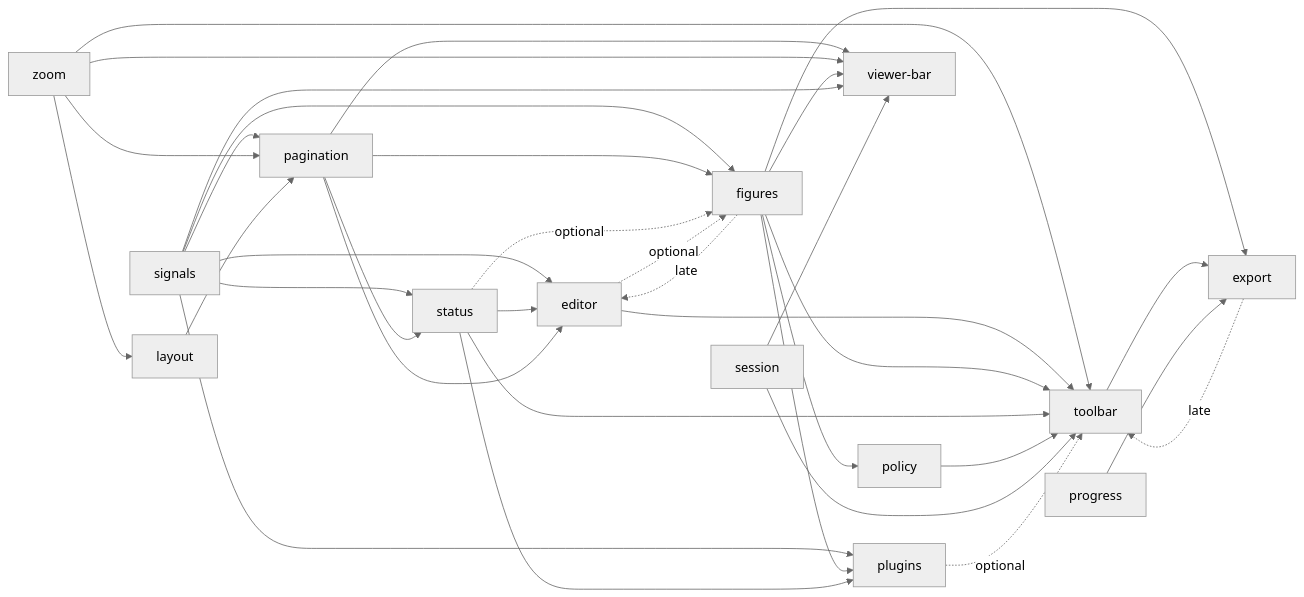
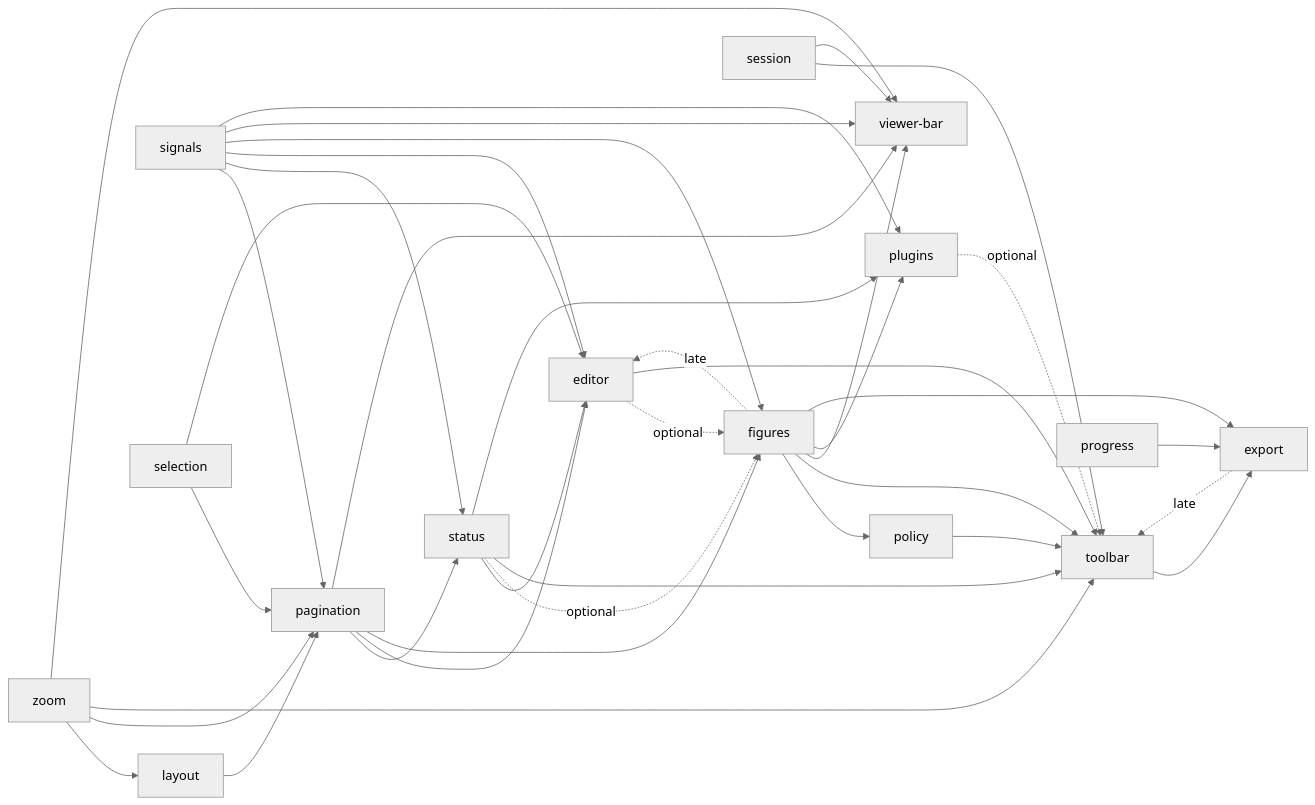
One commit to nakrasian/standalone-doc changed the diagram in DEPS.md. Above: the diagram before and after it, drawn with Mermaid (neutral theme). The commit also changed other lines of this file and 19 other files, not shown here.

````diff
--- a/DEPS.md
+++ b/DEPS.md
@@ -29,37 +30,39 @@
 ```mermaid
 graph LR
   zoom --> layout
   signals --> pagination
   zoom --> pagination
   layout --> pagination
+  selection --> pagination
   signals --> status
   pagination --> status
   signals --> editor
   status --> editor
   pagination --> editor
+  selection --> editor
   figures -.->|late| editor
   signals --> figures
   pagination --> figures
   status -.->|optional| figures
   editor -.->|optional| figures
   figures --> policy
   zoom --> toolbar
   editor --> toolbar
   figures --> toolbar
   status --> toolbar
   policy --> toolbar
   session --> toolbar
   export -.->|late| toolbar
   plugins -.->|optional| toolbar
   pagination --> viewer-bar
   zoom --> viewer-bar
   figures --> viewer-bar
   signals --> viewer-bar
   session --> viewer-bar
   signals --> plugins
   figures --> plugins
   status --> plugins
   figures --> export
   toolbar --> export
   progress --> export
 ```
````
